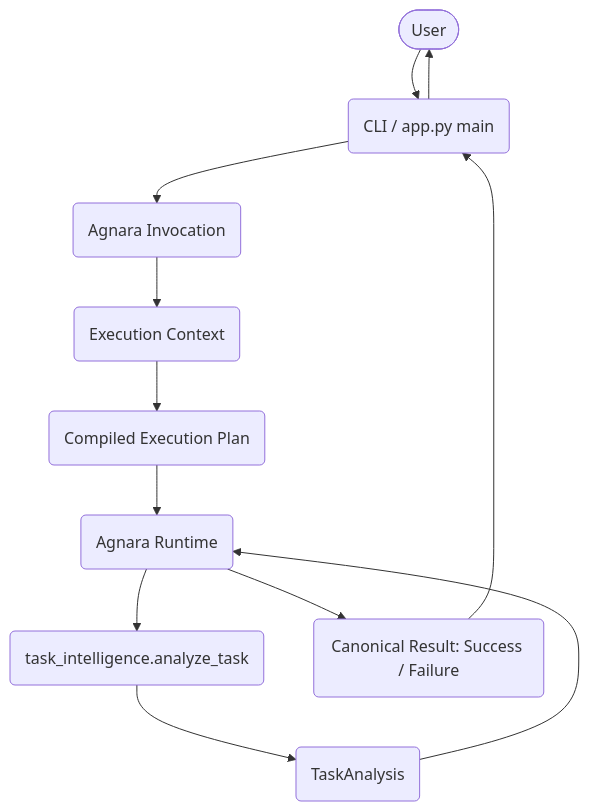
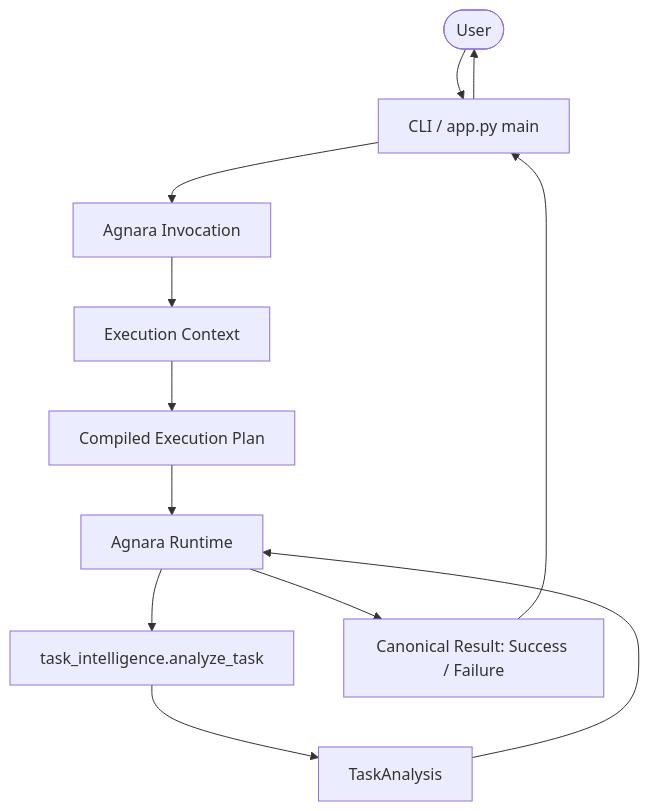
The diagram in docs/architecture.md (agnara-project/agnara-task-intelligence), drawn with Mermaid before and after one commit. The commit also changed 6 other files, not shown here.

````diff
--- a/docs/architecture.md
+++ b/docs/architecture.md
@@ -11,14 +11,14 @@
 ```mermaid
-graph TD
-    User([User]) --> CLI(CLI / app.py main)
-    CLI --> Invocation(Agnara Invocation)
-    Invocation --> ExecutionContext(Execution Context)
-    ExecutionContext --> ExecutionPlan(Compiled Execution Plan)
-    ExecutionPlan --> AgnaraRuntime(Agnara Runtime)
-    AgnaraRuntime --> Capability(task_intelligence.analyze_task)
-    Capability --> TaskAnalysis(TaskAnalysis)
-    TaskAnalysis --> AgnaraRuntime
-    AgnaraRuntime --> Result(Canonical Result: Success / Failure)
-    Result --> CLI
-    CLI --> User
+flowchart TD
+    USER(["User"]) --> CLI["CLI / app.py main"]
+    CLI --> INV["Agnara Invocation"]
+    INV --> CTX["Execution Context"]
+    CTX --> PLAN["Compiled Execution Plan"]
+    PLAN --> RUNTIME["Agnara Runtime"]
+    RUNTIME --> CAP["task_intelligence.analyze_task"]
+    CAP --> ANALYSIS["TaskAnalysis"]
+    ANALYSIS --> RUNTIME
+    RUNTIME --> RESULT["Canonical Result: Success / Failure"]
+    RESULT --> CLI
+    CLI --> USER
 ```
````
